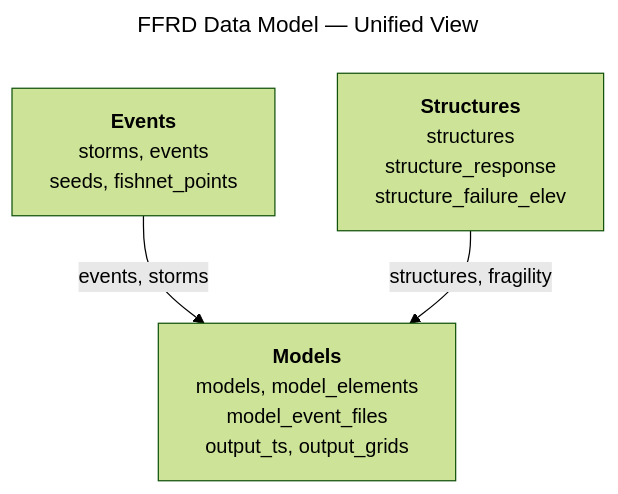
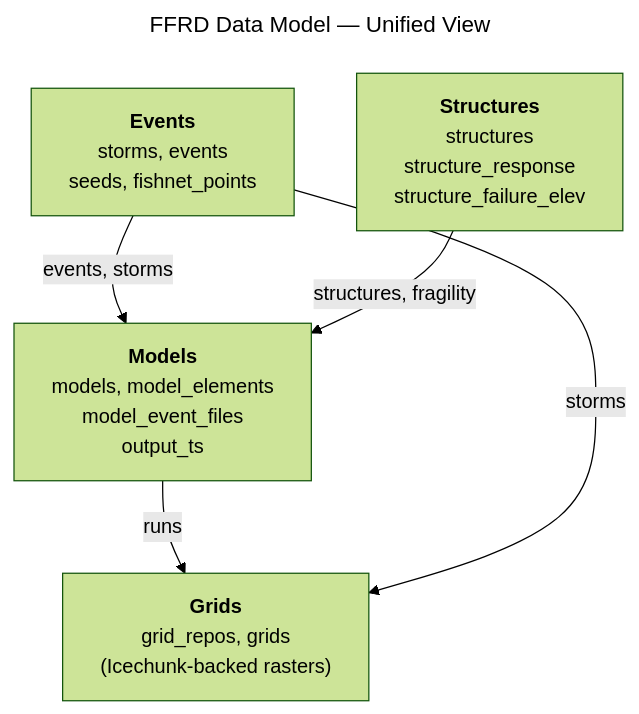
Before and after one commit to fema-ffrd/ffrd-data-model: the diagram in rdb/ffrd-erd-unified.mmd, drawn with Mermaid (forest theme). The commit also changed 4 other files, not shown here.

Commit message:
grids and grids_repos tables

```diff
--- a/rdb/ffrd-erd-unified.mmd
+++ b/rdb/ffrd-erd-unified.mmd
@@ -1,14 +1,18 @@
 ---
 title: FFRD Data Model — Unified View
 ---
 graph TB
     EVENTS["<b>Events</b><br/>storms, events<br/>seeds, fishnet_points"]
     STRUCT["<b>Structures</b><br/>structures<br/>structure_response<br/>structure_failure_elev"]
-    MODELS["<b>Models</b><br/>models, model_elements<br/>model_event_files<br/>output_ts, output_grids"]
+    MODELS["<b>Models</b><br/>models, model_elements<br/>model_event_files<br/>output_ts"]
+    GRIDS["<b>Grids</b><br/>grid_repos, grids<br/>(Icechunk-backed rasters)"]
 
     EVENTS -->|events, storms| MODELS
     STRUCT -->|structures, fragility| MODELS
+    MODELS -->|runs| GRIDS
+    EVENTS -->|storms| GRIDS
 
     click EVENTS "https://github.com/fema-ffrd/ffrd-data-model/blob/initial-erd/rdms/events.mmd" "View Events domain detail"
     click STRUCT "https://github.com/fema-ffrd/ffrd-data-model/blob/initial-erd/rdms/structures.mmd" "View Structures domain detail"
     click MODELS "https://github.com/fema-ffrd/ffrd-data-model/blob/initial-erd/rdms/models.mmd" "View Models domain detail"
+    click GRIDS "https://github.com/fema-ffrd/ffrd-data-model/blob/initial-erd/rdms/grids.mmd" "View Grids domain detail"
```
